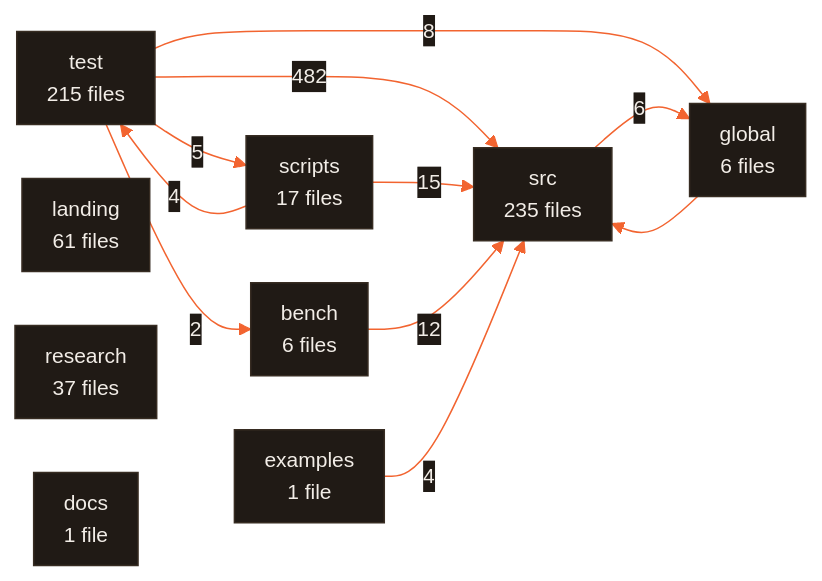
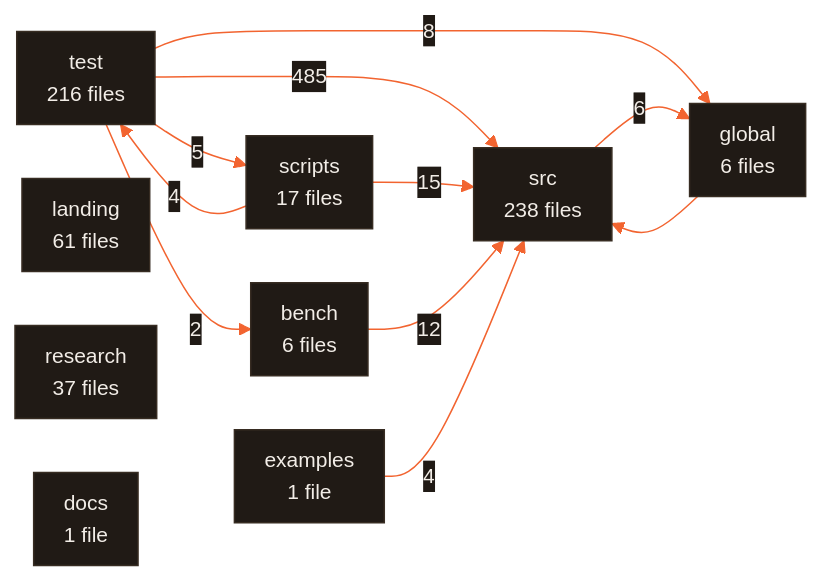
The diagram in ARCHITECTURE.md (CodeWithJuber/forgekit), drawn with Mermaid before and after one commit. The commit also changed other lines of this file and 11 other files, not shown here.

````diff
--- a/ARCHITECTURE.md
+++ b/ARCHITECTURE.md
@@ -680,23 +680,23 @@
 ```mermaid
 %%{init: {'theme':'base','themeVariables':{'primaryColor':'#201a15','primaryTextColor':'#f2ede7','primaryBorderColor':'#372c22','lineColor':'#f26430','secondaryColor':'#272019','tertiaryColor':'#171310','edgeLabelBackground':'#201a15','clusterBkg':'#171310','clusterBorder':'#4a3b2e','fontFamily':'ui-sans-serif, system-ui, sans-serif','fontSize':'14px'},'flowchart':{'curve':'basis','padding':10,'nodeSpacing':36,'rankSpacing':44}}}%%
 flowchart LR
-  src["src<br/>235 files"]
-  test["test<br/>215 files"]
+  src["src<br/>238 files"]
+  test["test<br/>216 files"]
   landing["landing<br/>61 files"]
   research["research<br/>37 files"]
   scripts["scripts<br/>17 files"]
   bench["bench<br/>6 files"]
   global["global<br/>6 files"]
   docs["docs<br/>1 file"]
   examples["examples<br/>1 file"]
-  test -- 482 --> src
+  test -- 485 --> src
   scripts -- 15 --> src
   bench -- 12 --> src
   test -- 8 --> global
   src -- 6 --> global
   test -- 5 --> scripts
   examples -- 4 --> src
   scripts -- 4 --> test
   test -- 2 --> bench
   global --> src
 ```
````
